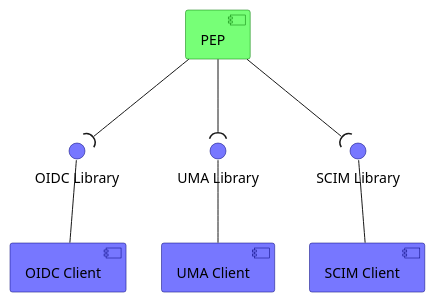
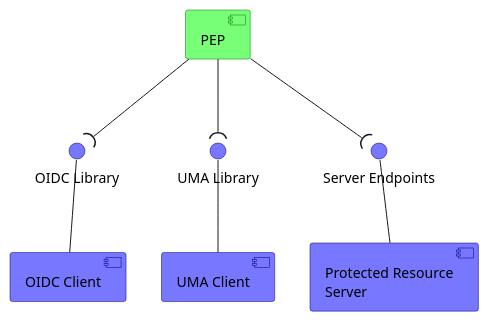
One commit to EOEPCA/master-system-icd changed the diagram in docs/03.user-management/include/pep-required-interfaces.wsd. Above: the diagram before and after it, drawn with PlantUML. The commit also changed 6 other files, not shown here.

Commit message:
EOEPCA-149 user profile diagrams

```diff
--- a/docs/03.user-management/include/pep-required-interfaces.wsd
+++ b/docs/03.user-management/include/pep-required-interfaces.wsd
@@ -1,36 +1,36 @@
 @startuml component
 
 hide stereotype
 
-component "SCIM Client" as scim <<provider>>
+component "Protected Resource\nServer" as res_server <<provider>>
 component "UMA Client" as uma <<provider>>
 component "OIDC Client" as oidc <<provider>>
-() "SCIM Library" as scimapi <<consumed>>
+() "Server Endpoints" as srv_endpoints <<consumed>>
 () "UMA Library" as umaapi <<consumed>>
 () "OIDC Library" as oidcapi <<consumed>>
-scim -up- scimapi
+res_server -up- srv_endpoints
 uma -up- umaapi
 oidc -up- oidcapi
 
 
 component "PEP" as PEP <<pep>>
-PEP -down-( scimapi
+PEP -down-( srv_endpoints
 PEP -down-( umaapi
 PEP -down-( oidcapi
 
 skinparam component<<pep>> {
     BackgroundColor #77ff77
     BorderColor #007700
 }
 
 skinparam interface<<consumed>> {
     BackgroundColor #7777ff
     BorderColor #000077
 }
 
 skinparam component<<provider>> {
     BackgroundColor #7777ff
     BorderColor #000077
 }
 
 @enduml
```
